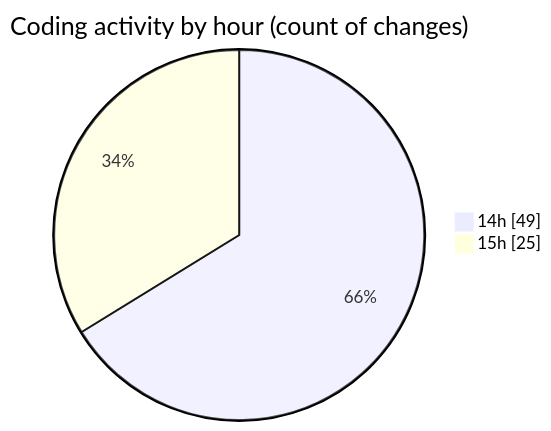
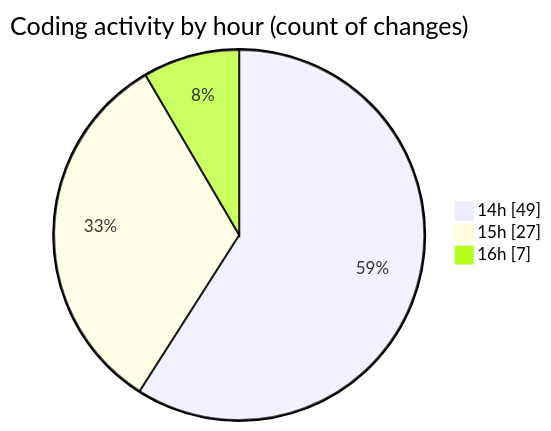
One commit to robertbonfada/code-tracking changed the second of 2 diagrams in 2025-02-27/audiobooks-web/README.md. Above: the diagram before and after it, drawn with Mermaid. The commit also changed other lines of this file and 1 other file, not shown here.

````diff
--- a/2025-02-27/audiobooks-web/README.md
+++ b/2025-02-27/audiobooks-web/README.md
@@ -44,6 +47,7 @@
 ```mermaid
 pie showData
 title Coding activity by hour (count of changes)
 "14h" : 49
-"15h" : 25
+"15h" : 27
+"16h" : 7
 ```
````
